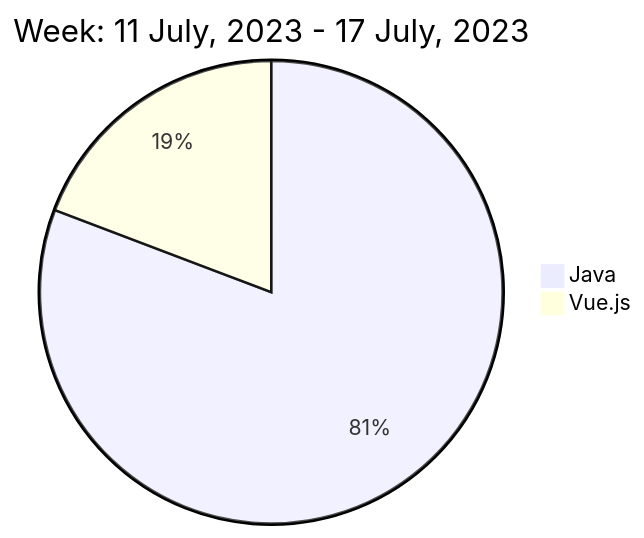
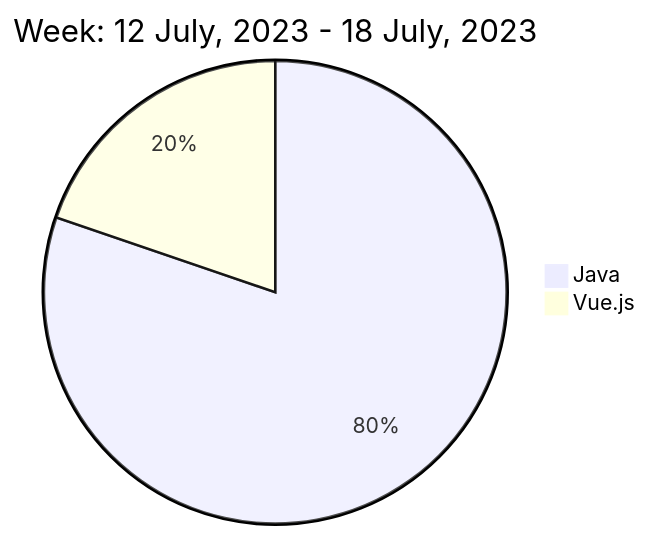
One commit to liubin95/liubin95 changed the diagram in README.md. Above: the diagram before and after it, drawn with Mermaid.

Commit message:
Updated the Graph with new Metrics

````diff
--- a/README.md
+++ b/README.md
@@ -40,6 +40,6 @@
 ```mermaid
  pie
-title Week: 11 July, 2023 - 17 July, 2023
- "Java" : 15.42
- "Vue.js" : 3.67
+title Week: 12 July, 2023 - 18 July, 2023
+ "Java" : 13.4
+ "Vue.js" : 3.3
 ```
````
